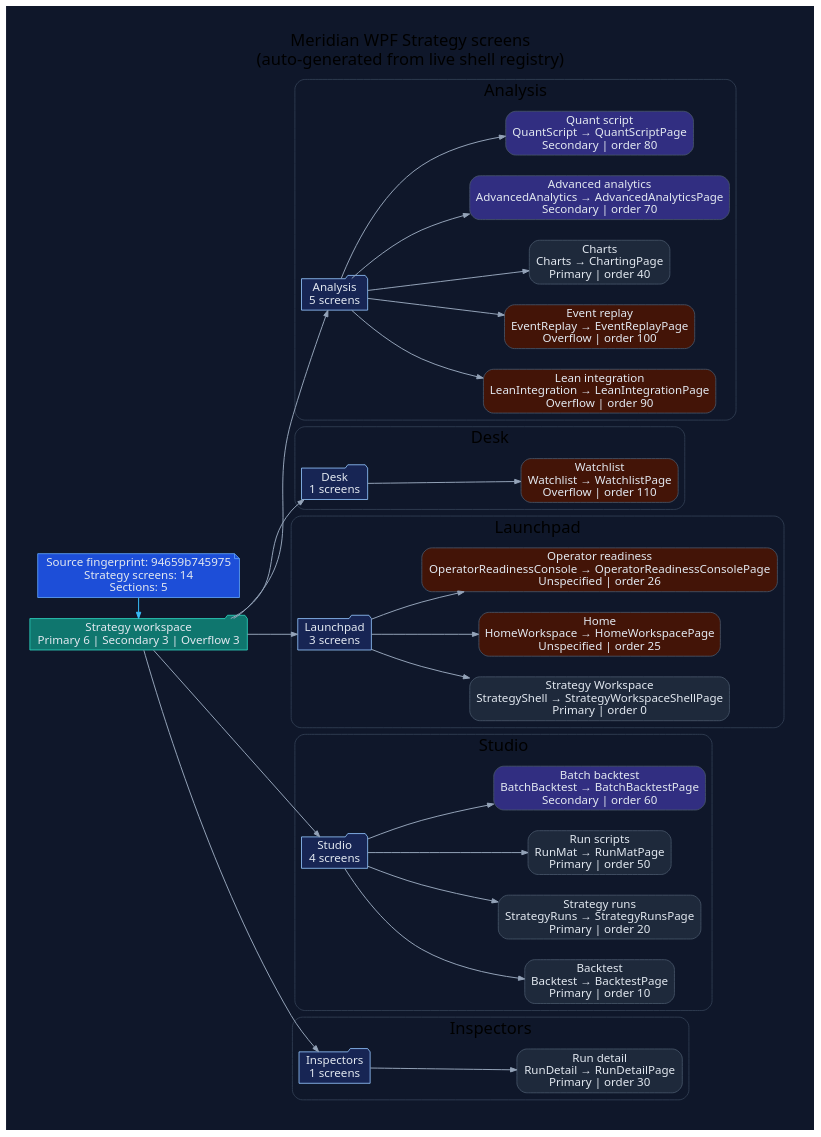
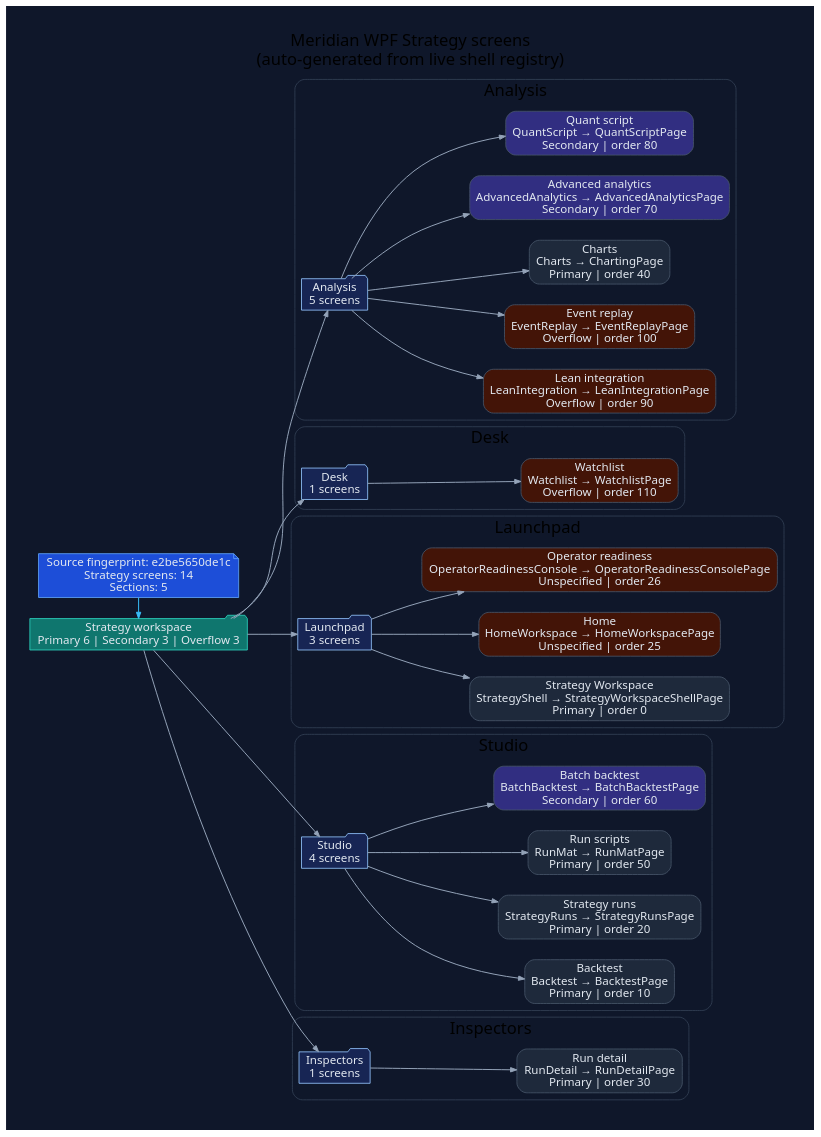
Before and after one commit to rodoHasArrived/Meridian-main: the diagram in docs/diagrams/ui/ui-wpf-screens-strategy.dot, drawn with Graphviz. The commit also changed 48 other files, not shown here.

```diff
--- a/docs/diagrams/ui/ui-wpf-screens-strategy.dot
+++ b/docs/diagrams/ui/ui-wpf-screens-strategy.dot
@@ -1,94 +1,94 @@
 // -----------------------------------------------------------------------------
 // <auto-generated>
 // Generated by scripts/generate-diagrams.mjs.
 // Do not edit this file directly; update the WPF source files instead.
 // -----------------------------------------------------------------------------
 digraph WpfStrategyScreens {
   graph [
     rankdir=LR,
     labelloc=t,
     label="Meridian WPF Strategy screens\n(auto-generated from live shell registry)",
     fontname="Segoe UI",
     fontsize=20,
     pad=0.4,
     nodesep=0.35,
     ranksep=0.85,
     bgcolor="#0f172a"
   ];
   node [fontname="Segoe UI", shape=box, style="rounded,filled", color="#475569", fontcolor="#e2e8f0", fillcolor="#1e293b"];
   edge [fontname="Segoe UI", color="#94a3b8", penwidth=1.2, arrowsize=0.75];
 
-  generated [shape=note, fillcolor="#1d4ed8", color="#60a5fa", label="Source fingerprint: 94659b745975\nStrategy screens: 14\nSections: 5"];
+  generated [shape=note, fillcolor="#1d4ed8", color="#60a5fa", label="Source fingerprint: e2be5650de1c\nStrategy screens: 14\nSections: 5"];
   workspace [shape=folder, fillcolor="#0f766e", color="#2dd4bf", label="Strategy workspace\nPrimary 6 | Secondary 3 | Overflow 3"];
   generated -> workspace [color="#38bdf8"];
 
   subgraph cluster_section_1 {
     label="Analysis";
     color="#334155";
     style="rounded";
     section_1 [shape=folder, fillcolor="#172554", color="#93c5fd", label="Analysis\n5 screens"];
     workspace -> section_1;
     screen_LeanIntegration [fillcolor="#431407", label="Lean integration\nLeanIntegration → LeanIntegrationPage\nOverflow | order 90"];
     section_1 -> screen_LeanIntegration;
     screen_EventReplay [fillcolor="#431407", label="Event replay\nEventReplay → EventReplayPage\nOverflow | order 100"];
     section_1 -> screen_EventReplay;
     screen_Charts [fillcolor="#1e293b", label="Charts\nCharts → ChartingPage\nPrimary | order 40"];
     section_1 -> screen_Charts;
     screen_AdvancedAnalytics [fillcolor="#312e81", label="Advanced analytics\nAdvancedAnalytics → AdvancedAnalyticsPage\nSecondary | order 70"];
     section_1 -> screen_AdvancedAnalytics;
     screen_QuantScript [fillcolor="#312e81", label="Quant script\nQuantScript → QuantScriptPage\nSecondary | order 80"];
     section_1 -> screen_QuantScript;
   }
 
   subgraph cluster_section_2 {
     label="Desk";
     color="#334155";
     style="rounded";
     section_2 [shape=folder, fillcolor="#172554", color="#93c5fd", label="Desk\n1 screens"];
     workspace -> section_2;
     screen_Watchlist [fillcolor="#431407", label="Watchlist\nWatchlist → WatchlistPage\nOverflow | order 110"];
     section_2 -> screen_Watchlist;
   }
 
   subgraph cluster_section_3 {
     label="Launchpad";
     color="#334155";
     style="rounded";
     section_3 [shape=folder, fillcolor="#172554", color="#93c5fd", label="Launchpad\n3 screens"];
     workspace -> section_3;
     screen_StrategyShell [fillcolor="#1e293b", label="Strategy Workspace\nStrategyShell → StrategyWorkspaceShellPage\nPrimary | order 0"];
     section_3 -> screen_StrategyShell;
     screen_HomeWorkspace [fillcolor="#431407", label="Home\nHomeWorkspace → HomeWorkspacePage\nUnspecified | order 25"];
     section_3 -> screen_HomeWorkspace;
     screen_OperatorReadinessConsole [fillcolor="#431407", label="Operator readiness\nOperatorReadinessConsole → OperatorReadinessConsolePage\nUnspecified | order 26"];
     section_3 -> screen_OperatorReadinessConsole;
   }
 
   subgraph cluster_section_4 {
     label="Studio";
     color="#334155";
     style="rounded";
     section_4 [shape=folder, fillcolor="#172554", color="#93c5fd", label="Studio\n4 screens"];
     workspace -> section_4;
     screen_Backtest [fillcolor="#1e293b", label="Backtest\nBacktest → BacktestPage\nPrimary | order 10"];
     section_4 -> screen_Backtest;
     screen_StrategyRuns [fillcolor="#1e293b", label="Strategy runs\nStrategyRuns → StrategyRunsPage\nPrimary | order 20"];
     section_4 -> screen_StrategyRuns;
     screen_RunMat [fillcolor="#1e293b", label="Run scripts\nRunMat → RunMatPage\nPrimary | order 50"];
     section_4 -> screen_RunMat;
     screen_BatchBacktest [fillcolor="#312e81", label="Batch backtest\nBatchBacktest → BatchBacktestPage\nSecondary | order 60"];
     section_4 -> screen_BatchBacktest;
   }
 
   subgraph cluster_section_5 {
     label="Inspectors";
     color="#334155";
     style="rounded";
     section_5 [shape=folder, fillcolor="#172554", color="#93c5fd", label="Inspectors\n1 screens"];
     workspace -> section_5;
     screen_RunDetail [fillcolor="#1e293b", label="Run detail\nRunDetail → RunDetailPage\nPrimary | order 30"];
     section_5 -> screen_RunDetail;
   }
 
   { rank=min; generated; workspace; }
 }
```
